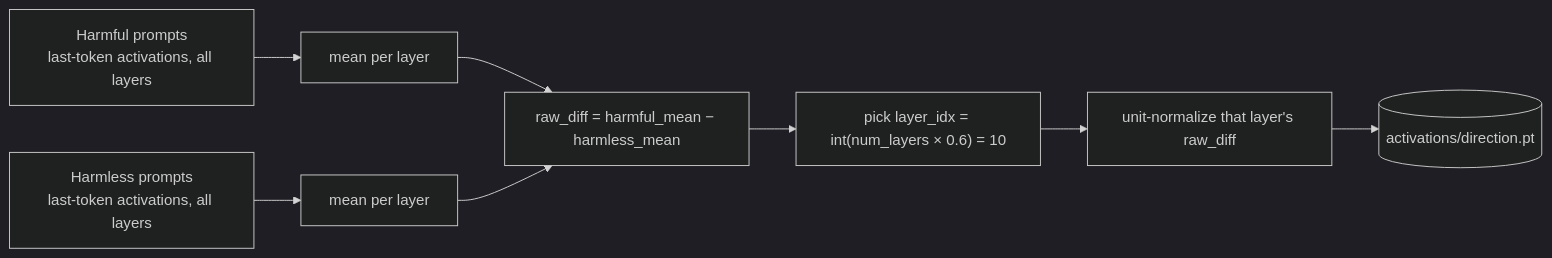
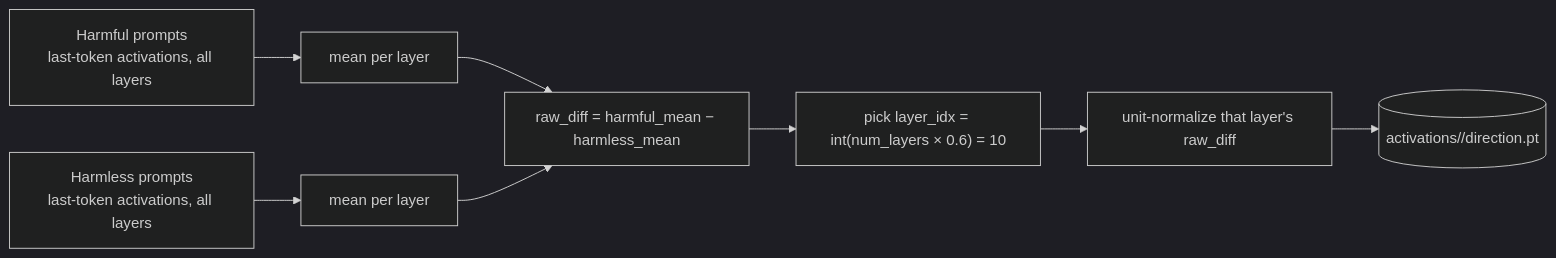
Before and after one commit to Palani-SN/abliteration-et-constitutional-classifier: the second of 4 diagrams in README.md, drawn with Mermaid (dark theme). The commit also changed other lines of this file and 720 other files, not shown here.

````diff
--- a/README.md
+++ b/README.md
@@ -353,10 +356,10 @@
 ```mermaid
 flowchart LR
     HA["Harmful prompts<br/>last-token activations, all layers"] --> MA["mean per layer"]
     HL["Harmless prompts<br/>last-token activations, all layers"] --> ML["mean per layer"]
     MA --> D["raw_diff = harmful_mean − harmless_mean"]
     ML --> D
     D --> N["pick layer_idx = int(num_layers × 0.6) = 10"]
     N --> U["unit-normalize that layer's raw_diff"]
-    U --> SAVE[("activations/direction.pt")]
+    U --> SAVE[("activations/<model_key>/direction.pt")]
 ```
````
